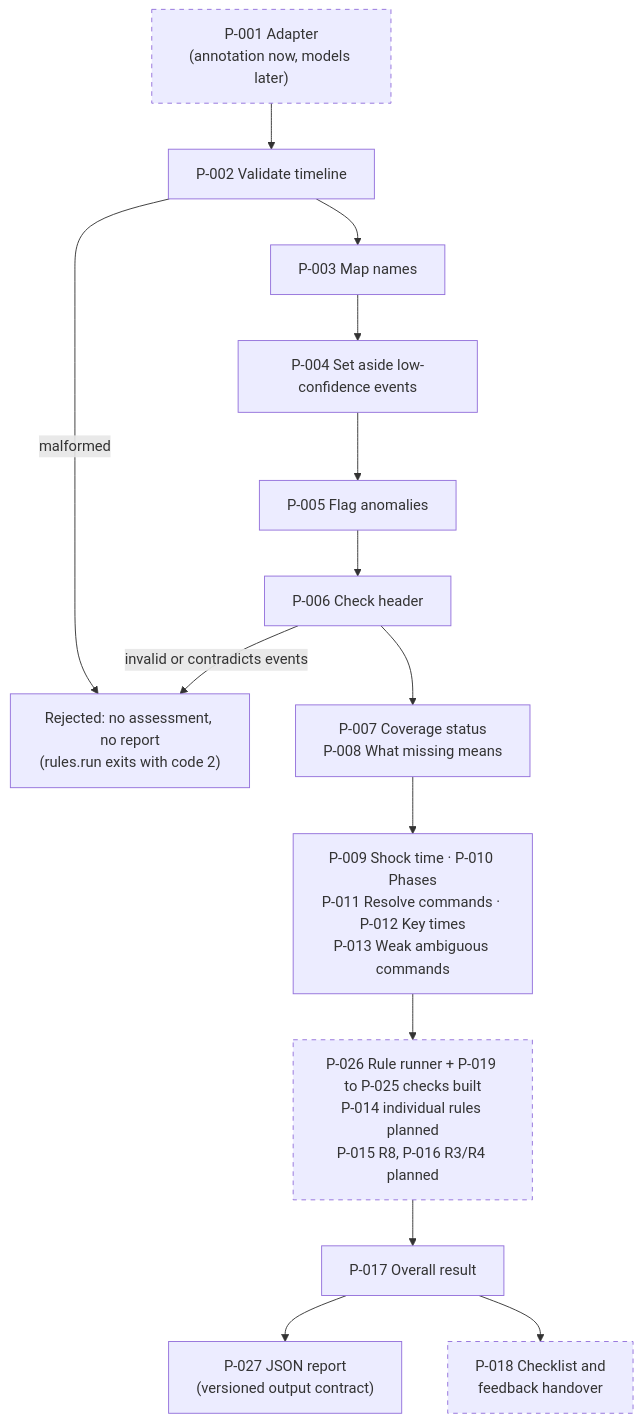
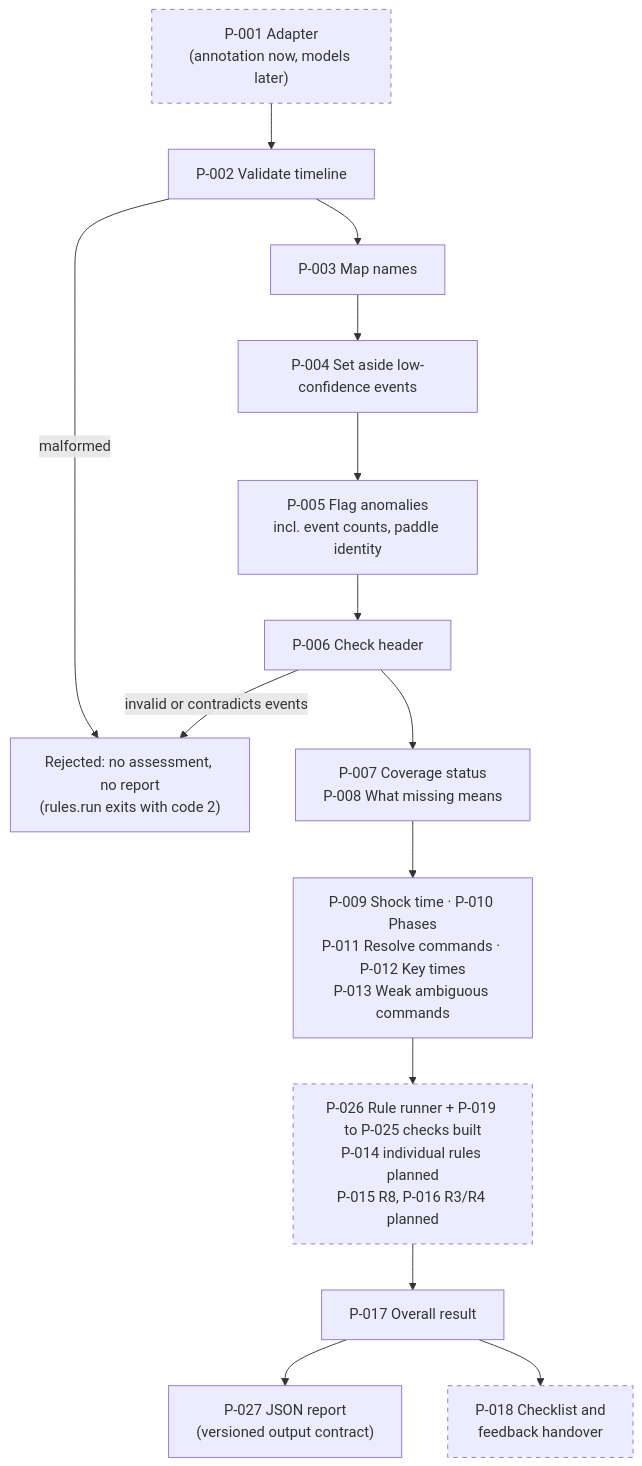
One commit to ananthu65/defibrillator_research changed the second of 8 diagrams in docs/rule_engine/diagrams.md. Above: the diagram before and after it, drawn with Mermaid. The commit also changed 20 other files, not shown here.

````diff
--- a/docs/rule_engine/diagrams.md
+++ b/docs/rule_engine/diagrams.md
@@ -35,23 +35,23 @@
 ```mermaid
 flowchart TD
     A["P-001 Adapter<br/>(annotation now, models later)"]:::planned
     B["P-002 Validate timeline"]
     C["P-003 Map names"]
     D["P-004 Set aside low-confidence events"]
-    E["P-005 Flag anomalies"]
+    E["P-005 Flag anomalies<br/>incl. event counts, paddle identity"]
     F["P-006 Check header"]
     G["P-007 Coverage status<br/>P-008 What missing means"]
     H["P-009 Shock time · P-010 Phases<br/>P-011 Resolve commands · P-012 Key times<br/>P-013 Weak ambiguous commands"]
     I["P-026 Rule runner + P-019 to P-025 checks built<br/>P-014 individual rules planned<br/>P-015 R8, P-016 R3/R4 planned"]:::planned
     J["P-017 Overall result"]
     K["P-027 JSON report<br/>(versioned output contract)"]
     L["P-018 Checklist and<br/>feedback handover"]:::planned
     X["Rejected: no assessment, no report<br/>(rules.run exits with code 2)"]
     A --> B
     B -->|malformed| X
     B --> C --> D --> E --> F
     F -->|invalid or contradicts events| X
     F --> G --> H --> I --> J --> K
     J --> L
     classDef planned stroke-dasharray: 5 5
 ```
````
